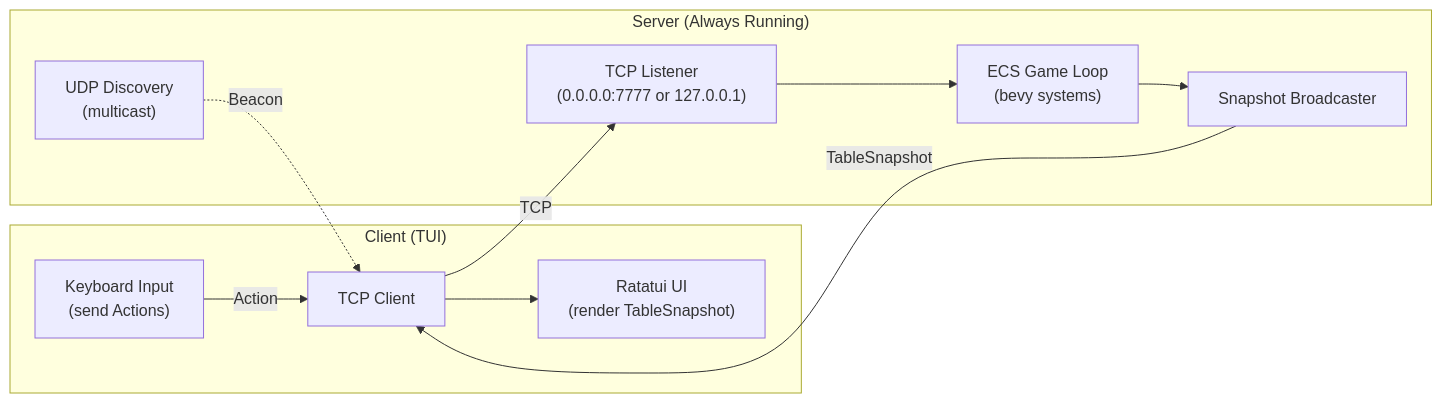
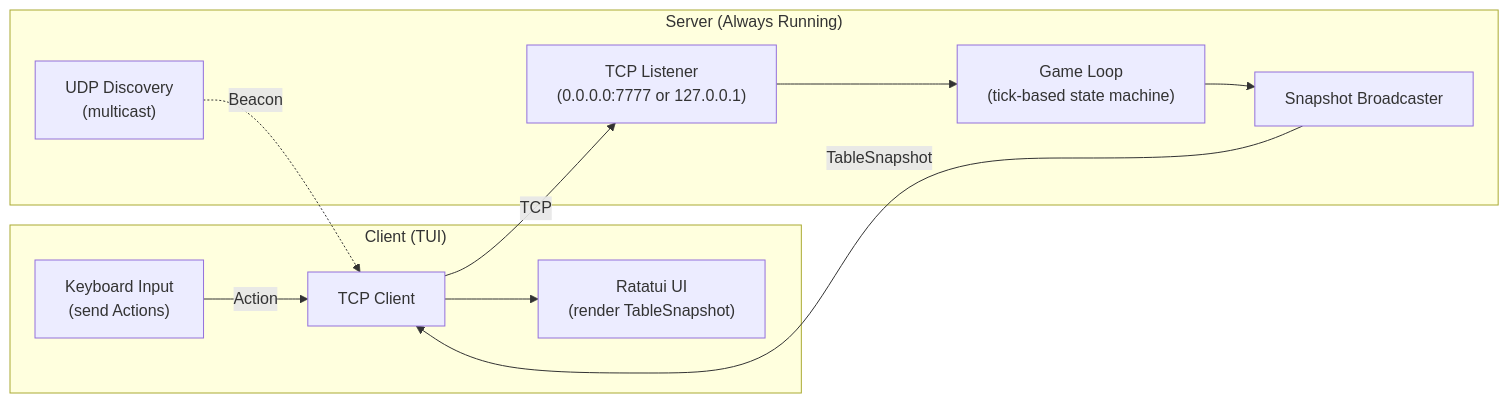
Before and after one commit to AsbestosSoup-dev/blackjack: the first of 2 diagrams in README.md, drawn with Mermaid. The commit also changed other lines of this file and 4 other files, not shown here.

First line of the commit message:
Refactor: Replace ECS with state-driven architecture and update documentation

````diff
--- a/README.md
+++ b/README.md
@@ -140,23 +141,23 @@
 ```mermaid
 flowchart LR
     subgraph Client["Client (TUI)"]
         UI["Ratatui UI\n(render TableSnapshot)"]
         Input["Keyboard Input\n(send Actions)"]
         NetClient["TCP Client"]
     end
 
     subgraph Server["Server (Always Running)"]
         Listener["TCP Listener\n(0.0.0.0:7777 or 127.0.0.1)"]
-        GameLoop["ECS Game Loop\n(bevy systems)"]
+        GameLoop["Game Loop\n(tick-based state machine)"]
         Broadcaster["Snapshot Broadcaster"]
         Discovery["UDP Discovery\n(multicast)"]
     end
 
     Input -->|Action| NetClient
     NetClient -->|TCP| Listener
     Listener --> GameLoop
     GameLoop --> Broadcaster
     Broadcaster -->|TableSnapshot| NetClient
     NetClient --> UI
     Discovery -.->|Beacon| NetClient
 ```
````
